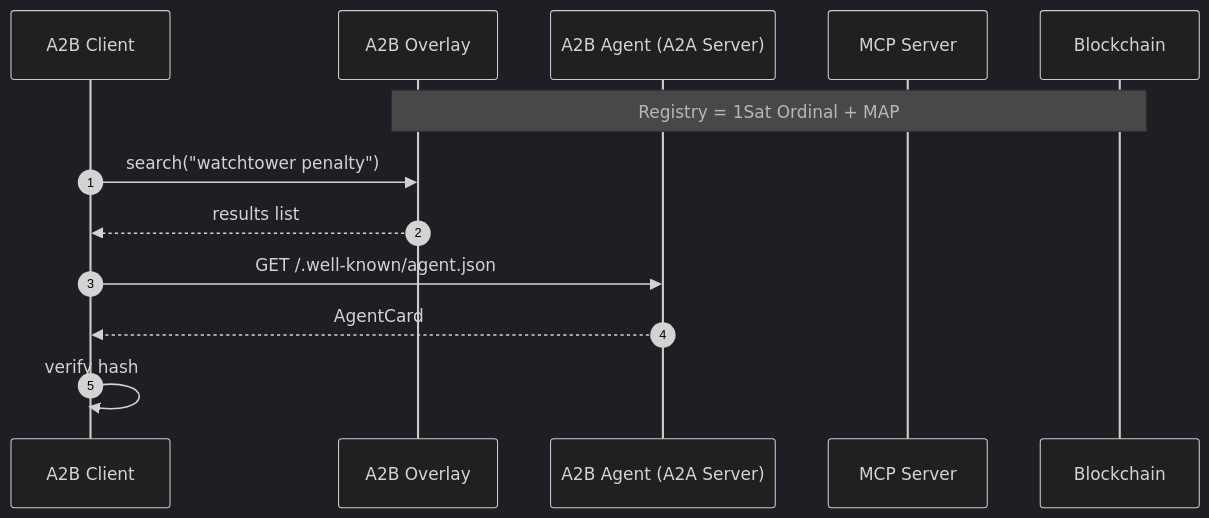
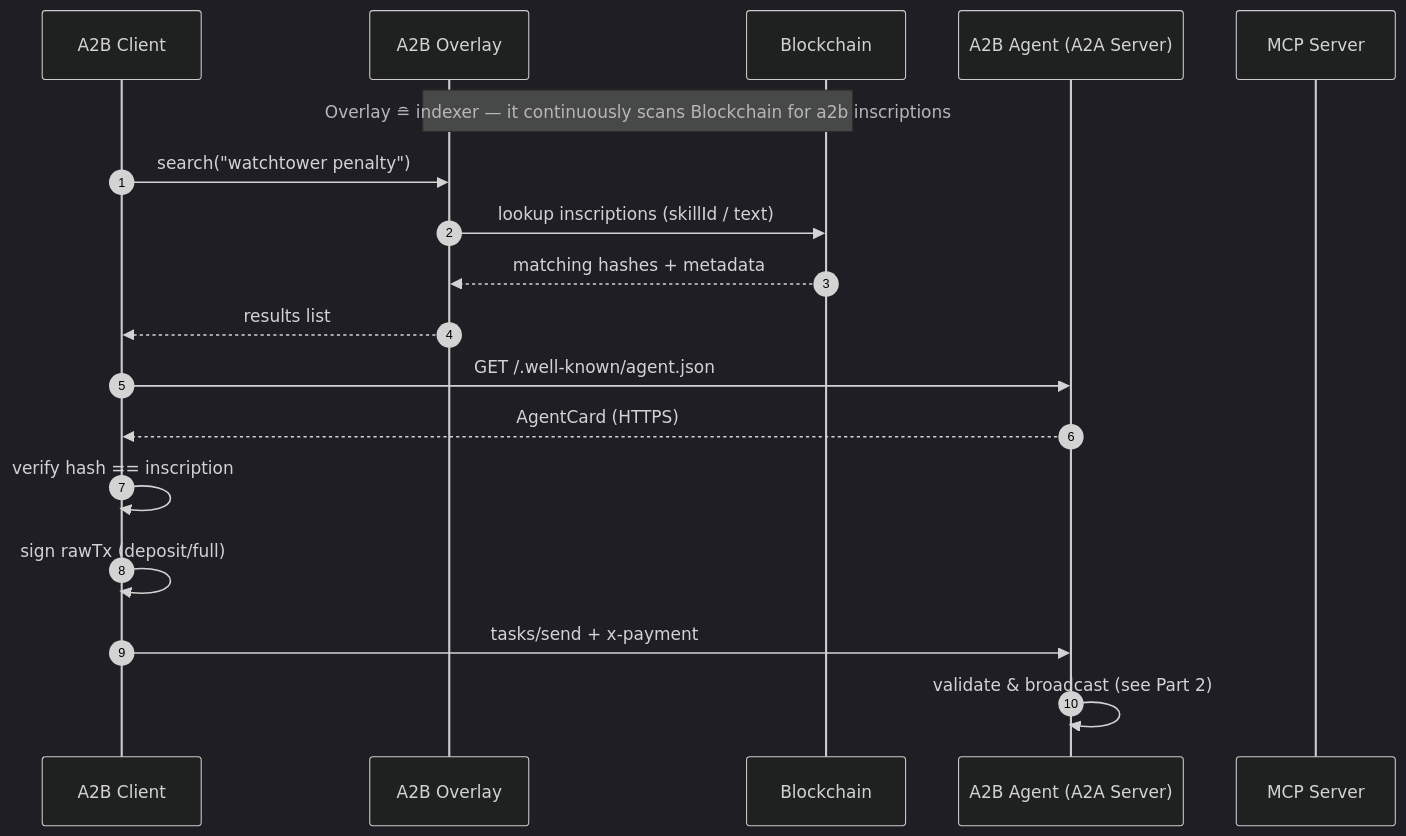
Before and after one commit to b-open-io/bsv-mcp: the first of 6 diagrams in docs/a2b.md, drawn with Mermaid (dark theme).

Commit message:
Enhance A2B documentation: update sequence diagram to include Blockchain participant, clarify overlay's role in scanning for inscriptions, and refine transaction signing and validation steps for improved clarity and understanding.

````diff
--- a/docs/a2b.md
+++ b/docs/a2b.md
@@ -51,18 +51,24 @@
 ```mermaid
 sequenceDiagram
     autonumber
     participant C as A2B Client
     participant O as A2B Overlay
+    participant B as Blockchain
     participant S as A2B Agent (A2A Server)
     participant T as MCP Server
-    participant B as Blockchain
 
-    Note over O,B: Registry = 1Sat Ordinal + MAP
+    Note over O,B: Overlay ≘ indexer — it continuously scans Blockchain for a2b inscriptions
 
     C->>O: search("watchtower penalty")
+    O->>B: lookup inscriptions (skillId / text)
+    B-->>O: matching hashes + metadata
     O-->>C: results list
 
     C->>S: GET /.well-known/agent.json
-    S-->>C: AgentCard
-    C->>C: verify hash
+    S-->>C: AgentCard (HTTPS)
+    C->>C: verify hash == inscription
+
+    C->>C: sign rawTx (deposit/full)
+    C->>S: tasks/send + x‑payment
+    S->>S: validate & broadcast (see Part 2)
 ```
````
